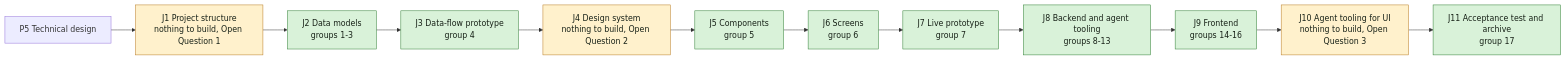
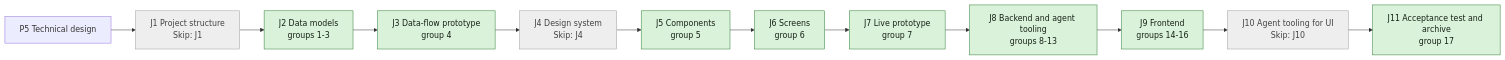
One commit to appboypov/multica changed the diagram in specs/openspec/changes/answer-an-agents-question-and-wake-it/tasks.md. Above: the diagram before and after it, drawn with Mermaid. The commit also changed other lines of this file and 1 other file, not shown here.

Commit message:
docs(specs): record Brian's skip of J1, J4 and J10
Brian's answer on WORK-378 skips J1 Project structure, J4 Design system and J10 Agent tooling for UI in every Questions journey; the Skip Requests are on the journey.

````diff
--- a/specs/openspec/changes/answer-an-agents-question-and-wake-it/tasks.md
+++ b/specs/openspec/changes/answer-an-agents-question-and-wake-it/tasks.md
@@ -3,17 +3,17 @@
 ```mermaid
 flowchart LR
   classDef work fill:#d9f2d9,stroke:#2e7d32,color:#172117
-  classDef ask fill:#fff1cc,stroke:#b7791f,color:#172117
+  classDef skip fill:#eeeeee,stroke:#9e9e9e,color:#424242
   P5[P5 Technical design] --> J1
-  J1[J1 Project structure<br/>nothing to build, Open Question 1]:::ask --> J2
+  J1[J1 Project structure<br/>Skip: J1]:::skip --> J2
   J2[J2 Data models<br/>groups 1-3]:::work --> J3
   J3[J3 Data-flow prototype<br/>group 4]:::work --> J4
-  J4[J4 Design system<br/>nothing to build, Open Question 2]:::ask --> J5
+  J4[J4 Design system<br/>Skip: J4]:::skip --> J5
   J5[J5 Components<br/>group 5]:::work --> J6
   J6[J6 Screens<br/>group 6]:::work --> J7
   J7[J7 Live prototype<br/>group 7]:::work --> J8
   J8[J8 Backend and agent tooling<br/>groups 8-13]:::work --> J9
   J9[J9 Frontend<br/>groups 14-16]:::work --> J10
-  J10[J10 Agent tooling for UI<br/>nothing to build, Open Question 3]:::ask --> J11
+  J10[J10 Agent tooling for UI<br/>Skip: J10]:::skip --> J11
   J11[J11 Acceptance test and archive<br/>group 17]:::work
 ```
````
